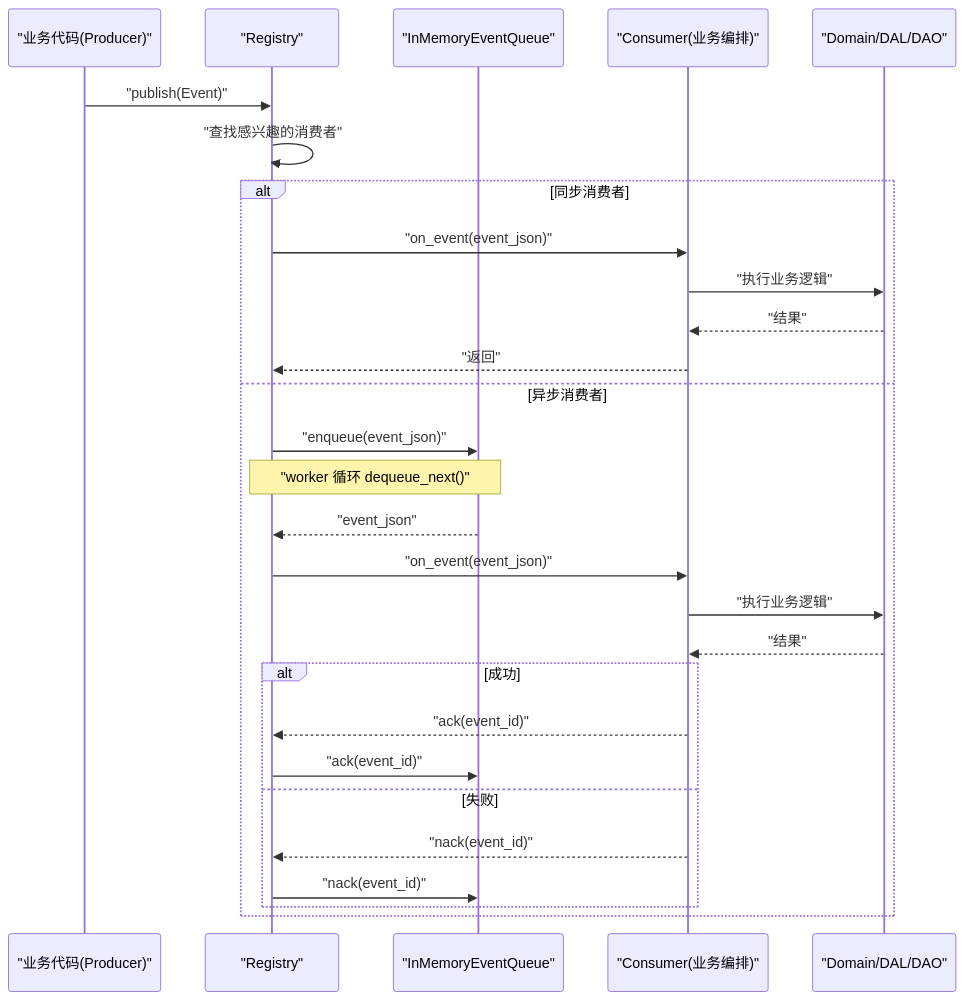
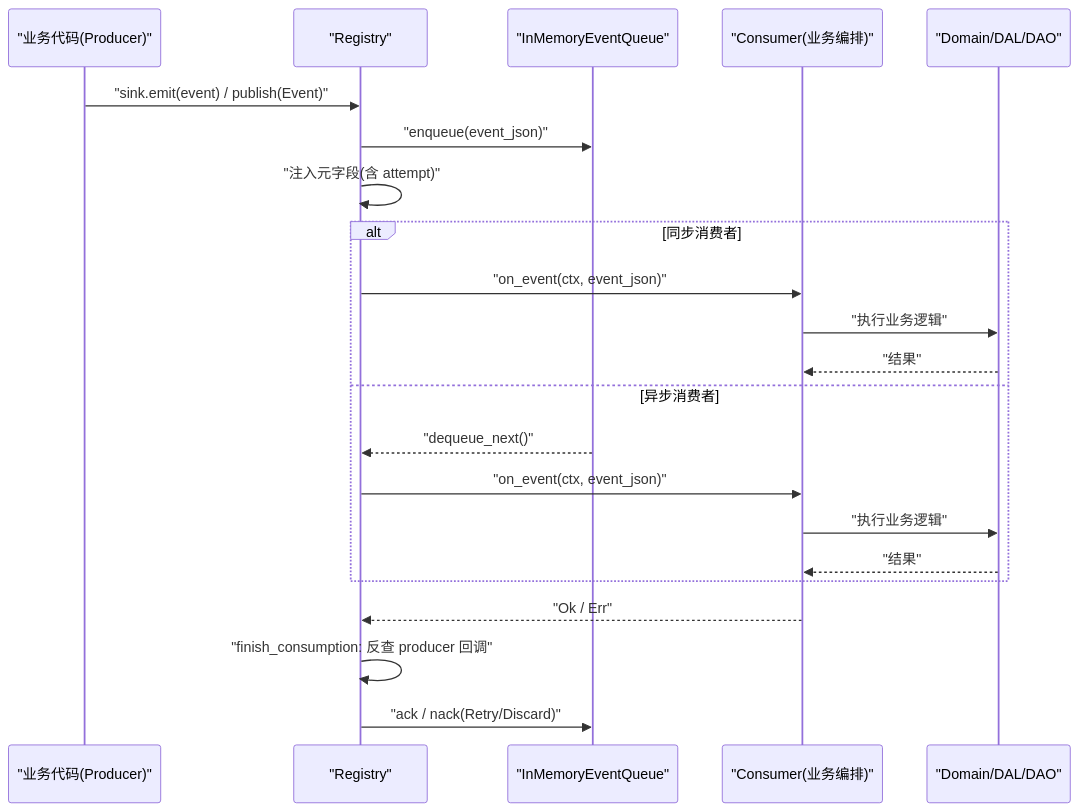
One commit to runningcoders/ai_orz changed the second of 7 diagrams in docs/wiki/zh/content/核心模块/AOP 事件系统/核心概念与架构.md. Above: the diagram before and after it, drawn with Mermaid. The commit also changed other lines of this file and 37 other files, not shown here.

````diff
--- a/docs/wiki/zh/content/核心模块/AOP 事件系统/核心概念与架构.md
+++ b/docs/wiki/zh/content/核心模块/AOP 事件系统/核心概念与架构.md
@@ -120,30 +126,24 @@
 ```mermaid
 sequenceDiagram
 participant P as "业务代码(Producer)"
 participant R as "Registry"
 participant Q as "InMemoryEventQueue"
 participant C as "Consumer(业务编排)"
 participant D as "Domain/DAL/DAO"
-P->>R : "publish(Event)"
-R->>R : "查找感兴趣的消费者"
+P->>R : "sink.emit(event) / publish(Event)"
+R->>Q : "enqueue(event_json)"
+R->>R : "注入元字段(含 attempt)"
 alt 同步消费者
-R->>C : "on_event(event_json)"
+R->>C : "on_event(ctx, event_json)"
 C->>D : "执行业务逻辑"
 D-->>C : "结果"
-C-->>R : "返回"
 else 异步消费者
-R->>Q : "enqueue(event_json)"
-Note over R,Q : "worker 循环 dequeue_next()"
-Q-->>R : "event_json"
-R->>C : "on_event(event_json)"
+Q-->>R : "dequeue_next()"
+R->>C : "on_event(ctx, event_json)"
 C->>D : "执行业务逻辑"
 D-->>C : "结果"
-alt 成功
-C-->>R : "ack(event_id)"
-R->>Q : "ack(event_id)"
-else 失败
-C-->>R : "nack(event_id)"
-R->>Q : "nack(event_id)"
 end
-end
+C-->>R : "Ok / Err"
+R->>R : "finish_consumption: 反查 producer 回调"
+R->>Q : "ack / nack(Retry/Discard)"
 ```
````
